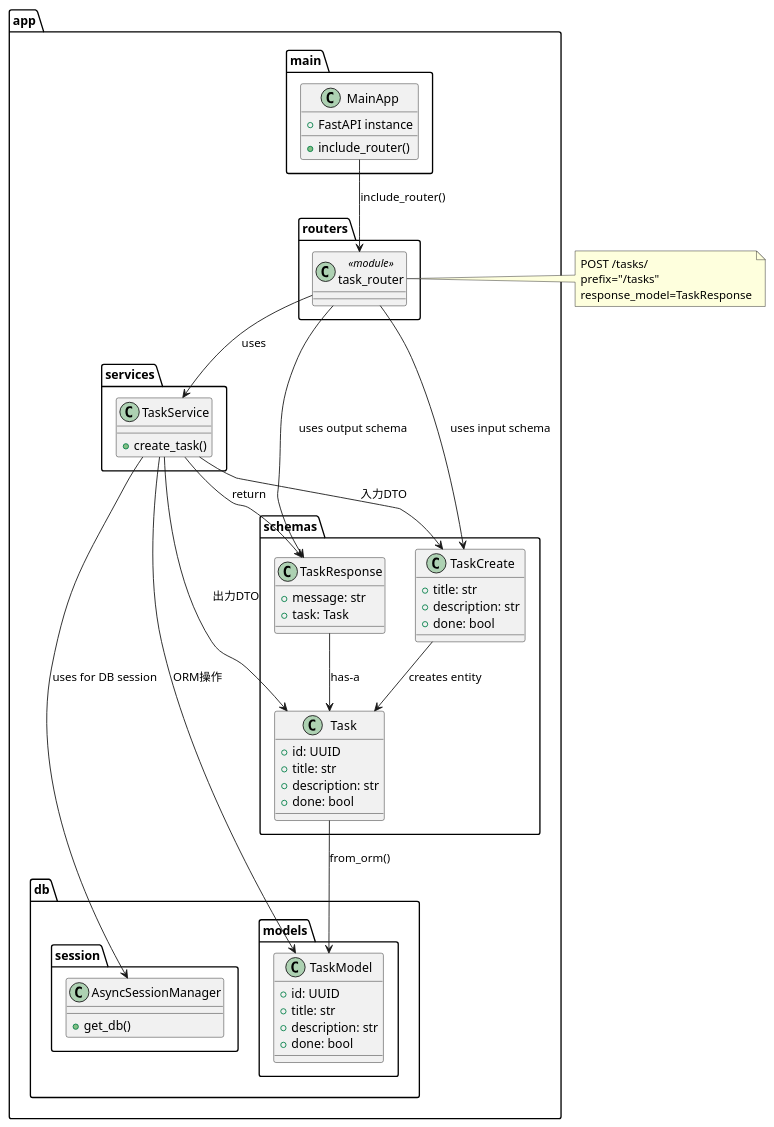
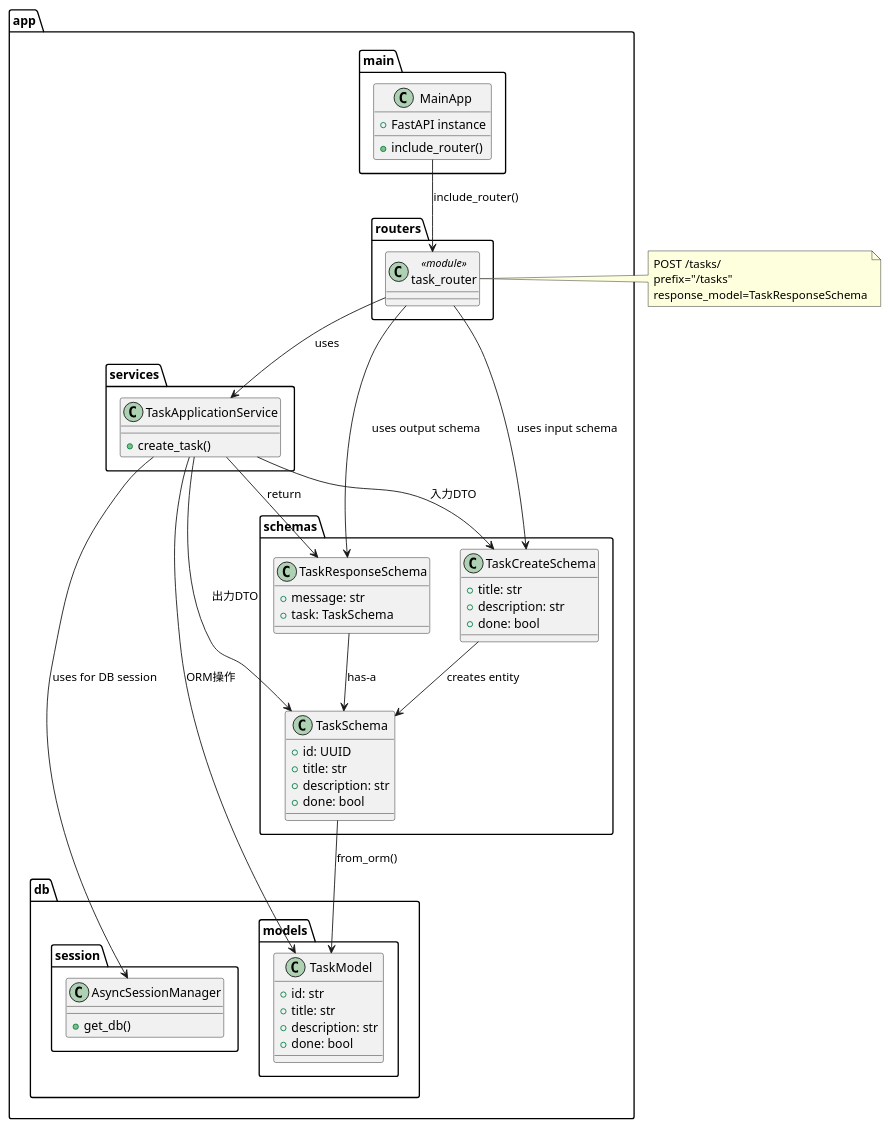
One commit to ShigeoYugawa/learning-task-tracker-fastapi-poc changed the diagram in docs/uml/class_task_service.puml. Above: the diagram before and after it, drawn with PlantUML. The commit also changed 4 other files, not shown here.

Commit message:
chore: update .gitignore and review file naming for task schema and model

```diff
--- a/docs/uml/class_task_service.puml
+++ b/docs/uml/class_task_service.puml
@@ -1,80 +1,80 @@
 @startuml
 
 package app {
 
   package main {
     class MainApp {
       +FastAPI instance
       +include_router()
     }
   }
 
   package routers {
     class task_router <<module>>
   }
 
   package services {
-    class TaskService {
+    class TaskApplicationService {
       +create_task()
     }
   }
 
   package schemas {
-    class TaskCreate {
+    class TaskCreateSchema {
       +title: str
       +description: str
       +done: bool
     }
 
-    class Task {
+    class TaskSchema {
       +id: UUID
       +title: str
       +description: str
       +done: bool
     }
 
-    class TaskResponse {
+    class TaskResponseSchema {
       +message: str
-      +task: Task
+      +task: TaskSchema
     }
   }
 
   package db {
     package models {
       class TaskModel {
-        +id: UUID
+        +id: str
         +title: str
         +description: str
         +done: bool
       }
     }
 
     package session {
       class AsyncSessionManager {
         +get_db()
       }
     }
   }
 }
 
 note right of task_router
   POST /tasks/
   prefix="/tasks"
-  response_model=TaskResponse
+  response_model=TaskResponseSchema
 end note
 
-' 依存関係はクラス名・モジュール名で指定（パッケージ名は書かない）
+' 依存関係（クラス名・モジュール名で指定）
 MainApp --> task_router : include_router()
-task_router --> TaskService : uses
-task_router --> TaskCreate : uses input schema
-task_router --> TaskResponse : uses output schema
-TaskService --> AsyncSessionManager : uses for DB session
-TaskService --> TaskModel : ORM操作
-TaskService --> TaskCreate : 入力DTO
-TaskService --> Task : 出力DTO
-TaskService --> TaskResponse : return
-TaskCreate --> Task : creates entity
-TaskResponse --> Task : has-a
-Task --> TaskModel : from_orm()
+task_router --> TaskApplicationService : uses
+task_router --> TaskCreateSchema : uses input schema
+task_router --> TaskResponseSchema : uses output schema
+TaskApplicationService --> AsyncSessionManager : uses for DB session
+TaskApplicationService --> TaskModel : ORM操作
+TaskApplicationService --> TaskCreateSchema : 入力DTO
+TaskApplicationService --> TaskSchema : 出力DTO
+TaskApplicationService --> TaskResponseSchema : return
+TaskCreateSchema --> TaskSchema : creates entity
+TaskResponseSchema --> TaskSchema : has-a
+TaskSchema --> TaskModel : from_orm()
 
 @enduml
```
